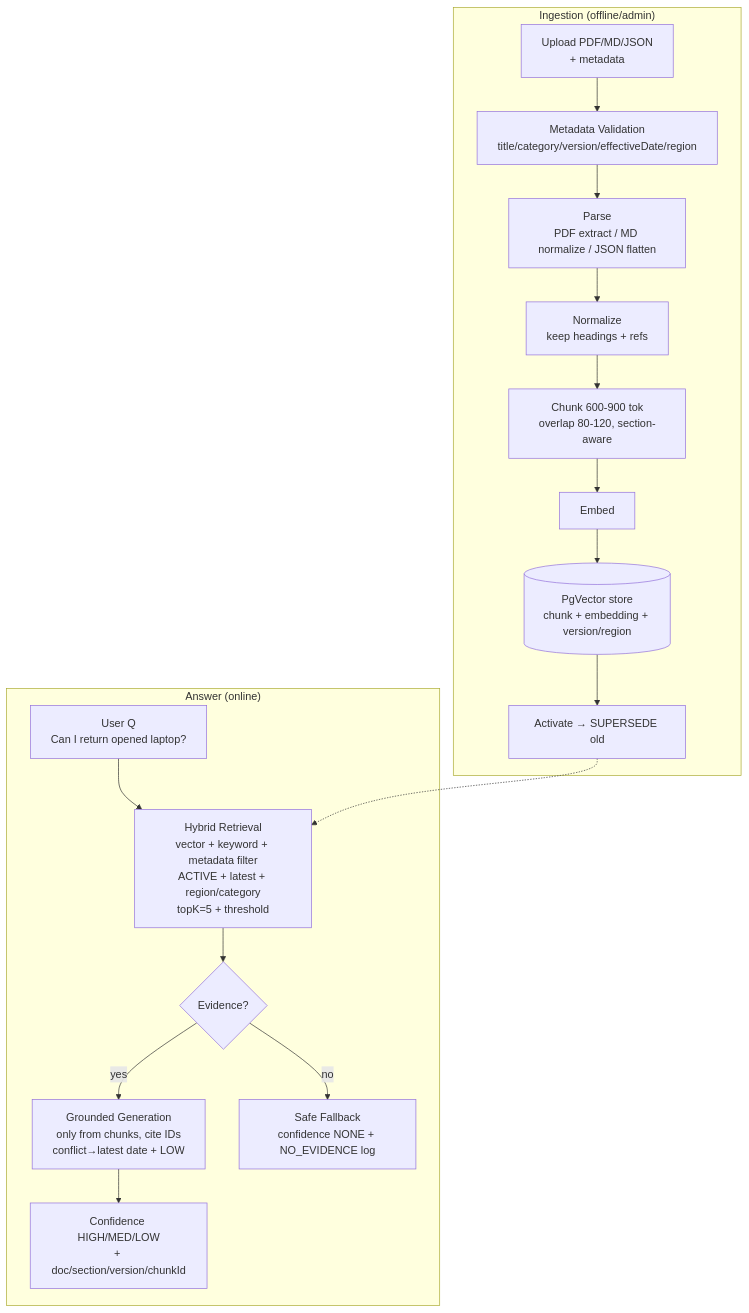
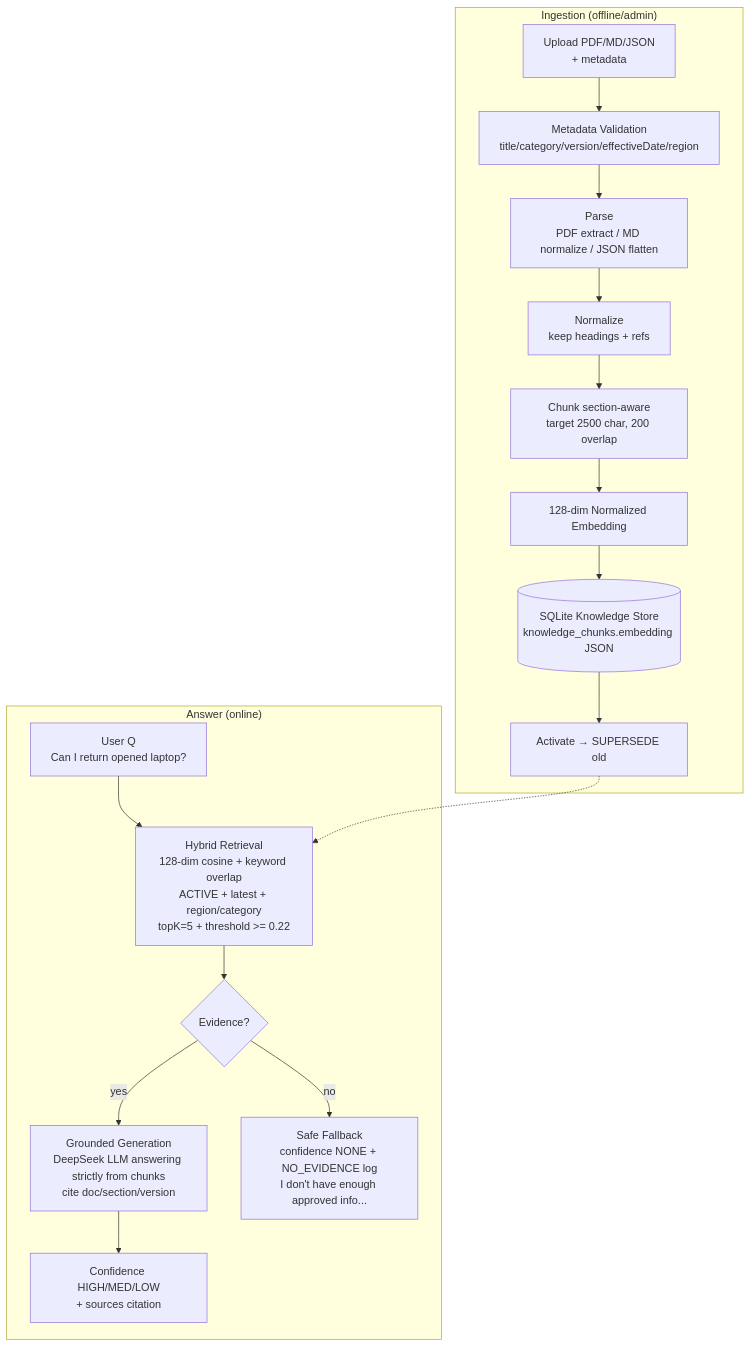
The ninth of 15 diagrams in architecture.md (NJ555/Shop_smart_ai), drawn with Mermaid before and after one commit. The commit also changed other lines of this file and 143 other files, not shown here.

````diff
--- a/architecture.md
+++ b/architecture.md
@@ -393,20 +394,20 @@
 ```mermaid
 flowchart TD
     subgraph INGEST["Ingestion (offline/admin)"]
         UP[Upload PDF/MD/JSON<br/>+ metadata] --> META[Metadata Validation<br/>title/category/version/effectiveDate/region]
         META --> PARSE[Parse<br/>PDF extract / MD normalize / JSON flatten]
         PARSE --> NORM[Normalize<br/>keep headings + refs]
-        NORM --> CHUNK[Chunk 600-900 tok<br/>overlap 80-120, section-aware]
-        CHUNK --> EMB[Embed]
-        EMB --> STORE[(PgVector store<br/>chunk + embedding + version/region)]
+        NORM --> CHUNK[Chunk section-aware<br/>target 2500 char, 200 overlap]
+        CHUNK --> EMB[128-dim Normalized Embedding]
+        EMB --> STORE[(SQLite Knowledge Store<br/>knowledge_chunks.embedding JSON)]
         STORE --> PUB[Activate → SUPERSEDE old]
     end
     subgraph ANSWER["Answer (online)"]
-        Q2[User Q<br/>Can I return opened laptop?] --> HYB[Hybrid Retrieval<br/>vector + keyword + metadata filter<br/>ACTIVE + latest + region/category<br/>topK=5 + threshold]
+        Q2[User Q<br/>Can I return opened laptop?] --> HYB[Hybrid Retrieval<br/>128-dim cosine + keyword overlap<br/>ACTIVE + latest + region/category<br/>topK=5 + threshold >= 0.22]
         HYB --> EVID{Evidence?}
-        EVID -- yes --> GEN[Grounded Generation<br/>only from chunks, cite IDs<br/>conflict→latest date + LOW]
-        EVID -- no --> FALL[Safe Fallback<br/>confidence NONE + NO_EVIDENCE log]
-        GEN --> CONF[Confidence HIGH/MED/LOW<br/>+ doc/section/version/chunkId]
+        EVID -- yes --> GEN[Grounded Generation<br/>DeepSeek LLM answering strictly from chunks<br/>cite doc/section/version]
+        EVID -- no --> FALL[Safe Fallback<br/>confidence NONE + NO_EVIDENCE log<br/>I don't have enough approved info...]
+        GEN --> CONF[Confidence HIGH/MED/LOW<br/>+ sources citation]
     end
     PUB -.-> HYB
 ```
````
